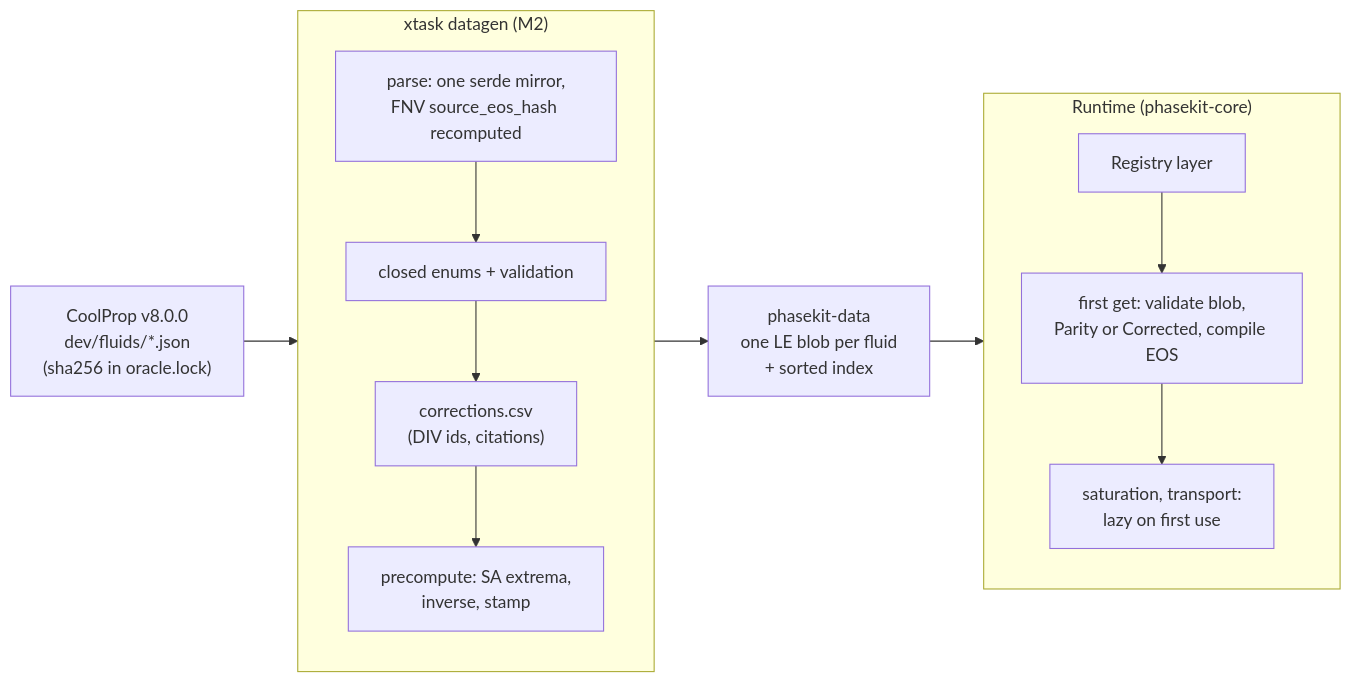
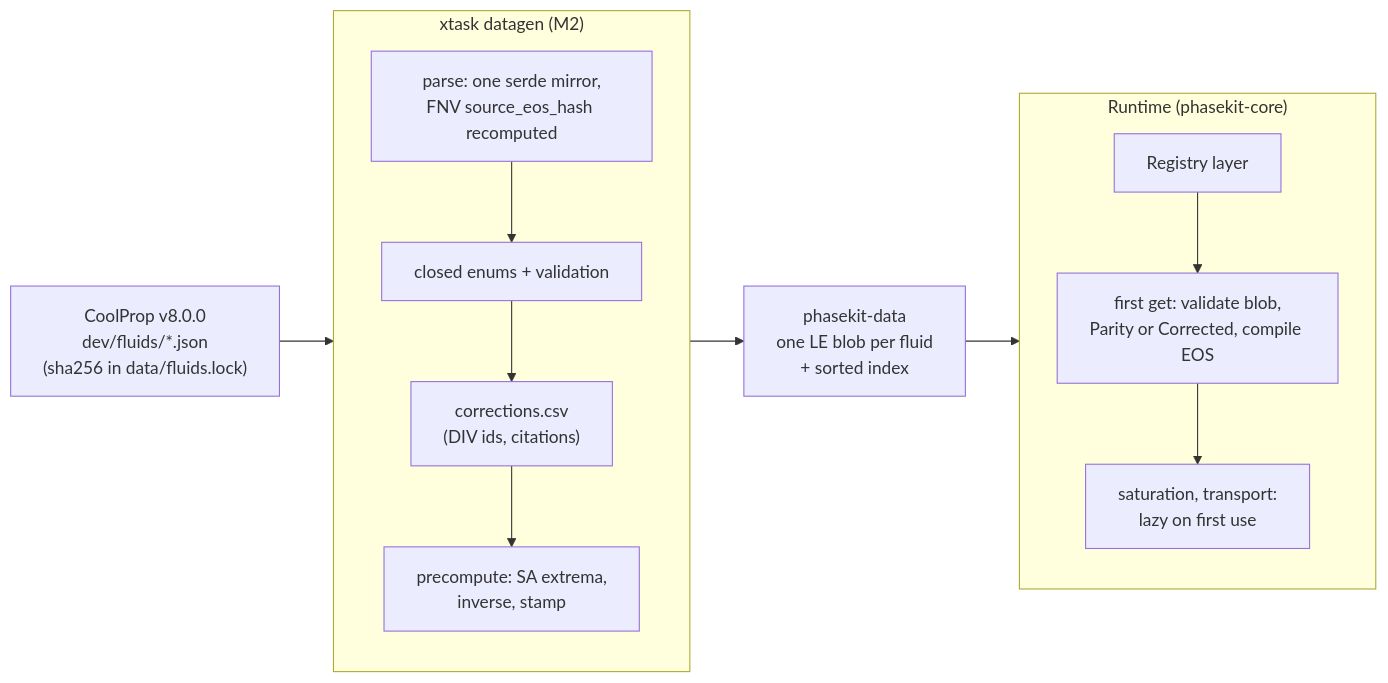
One commit to Dzoay/phasekit changed the third of 4 diagrams in docs/ARCHITECTURE.md. Above: the diagram before and after it, drawn with Mermaid. The commit also changed other lines of this file and 81 other files, not shown here.

````diff
--- a/docs/ARCHITECTURE.md
+++ b/docs/ARCHITECTURE.md
@@ -1068,23 +678,23 @@
 ```mermaid
 flowchart LR
-  json["CoolProp v8.0.0<br/>dev/fluids/*.json<br/>(sha256 in oracle.lock)"]
+  json["CoolProp v8.0.0<br/>dev/fluids/*.json<br/>(sha256 in data/fluids.lock)"]
   subgraph datagen["xtask datagen (M2)"]
     direction TB
     parse["parse: one serde mirror,<br/>FNV source_eos_hash recomputed"]
     enums["closed enums + validation"]
     fix["corrections.csv<br/>(DIV ids, citations)"]
     pre["precompute: SA extrema,<br/>inverse, stamp"]
     parse --> enums --> fix --> pre
   end
   blobs["phasekit-data<br/>one LE blob per fluid<br/>+ sorted index"]
   subgraph runtime["Runtime (phasekit-core)"]
     direction TB
     layer["Registry layer"]
     first["first get: validate blob,<br/>Parity or Corrected, compile EOS"]
     lazy["saturation, transport:<br/>lazy on first use"]
     layer --> first --> lazy
   end
   json --> parse
   pre --> blobs
   blobs --> layer
 ```
````
